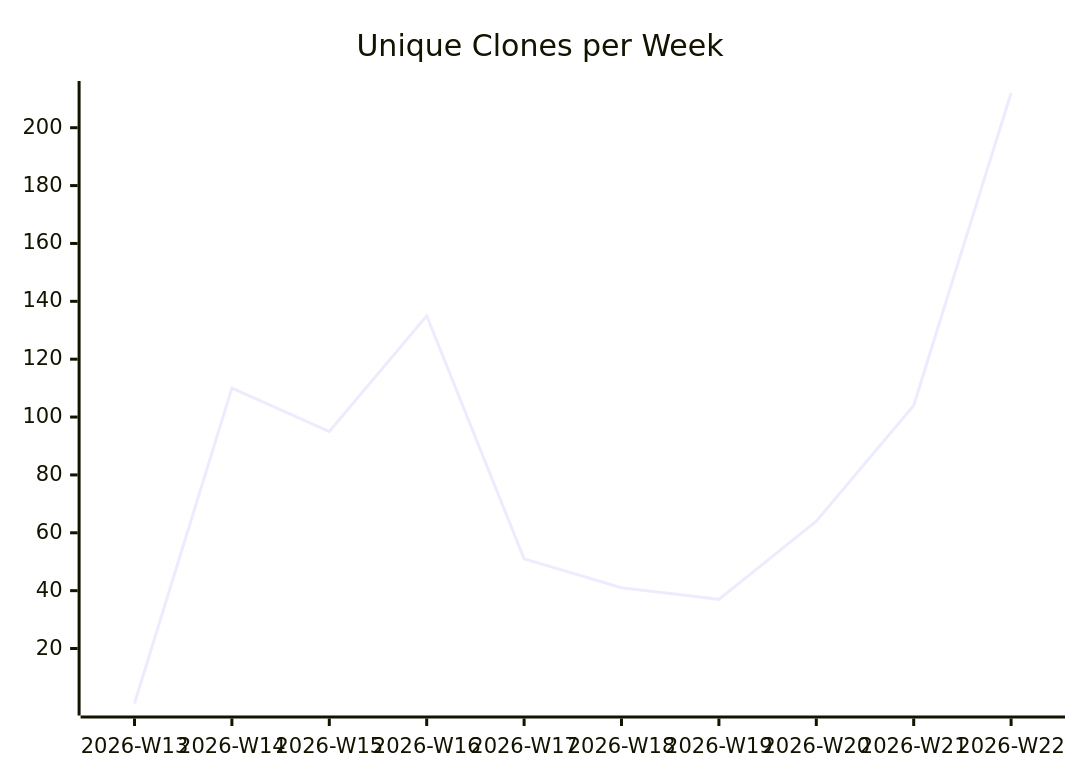
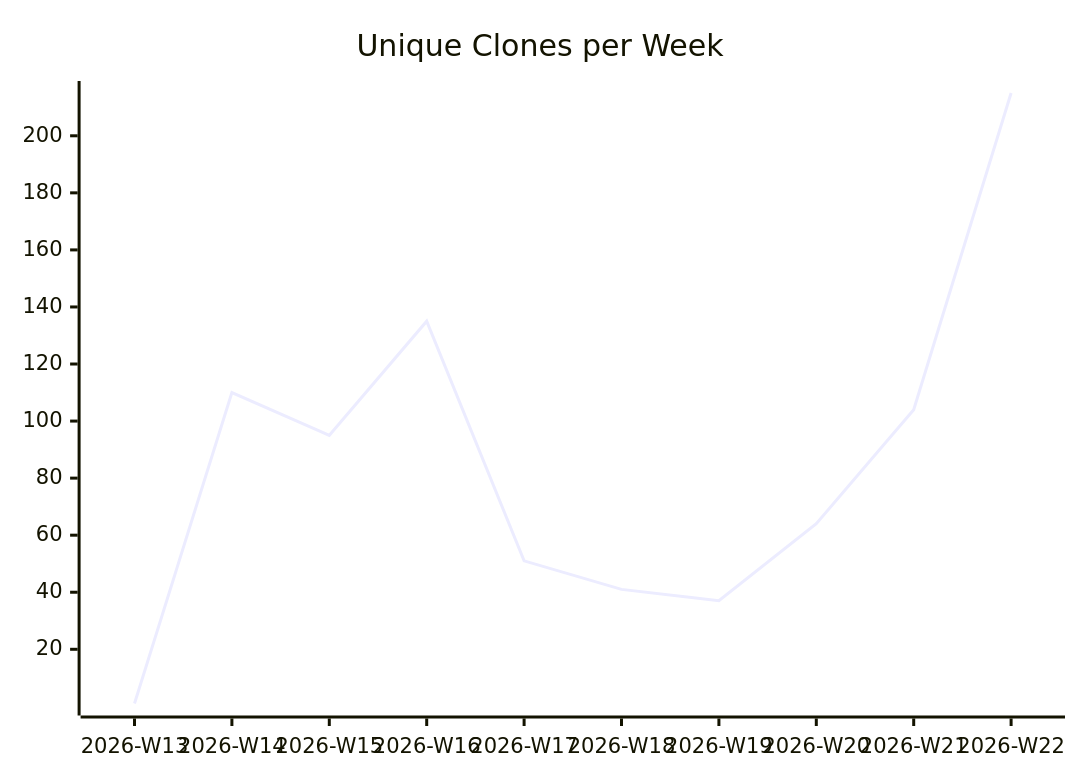
The third of 3 diagrams in justdavis-family/justdavis/README.md (justdavis-family/github-analytics-data), drawn with Mermaid before and after one commit. The commit also changed other lines of this file and 190 other files, not shown here.

````diff
--- a/justdavis-family/justdavis/README.md
+++ b/justdavis-family/justdavis/README.md
@@ -19,6 +19,6 @@
 ```mermaid
 xychart-beta
   title "Unique Clones per Week"
   x-axis ["2026-W13", "2026-W14", "2026-W15", "2026-W16", "2026-W17", "2026-W18", "2026-W19", "2026-W20", "2026-W21", "2026-W22"]
-  line [1, 110, 95, 135, 51, 41, 37, 64, 104, 212]
+  line [1, 110, 95, 135, 51, 41, 37, 64, 104, 215]
 ```
````
